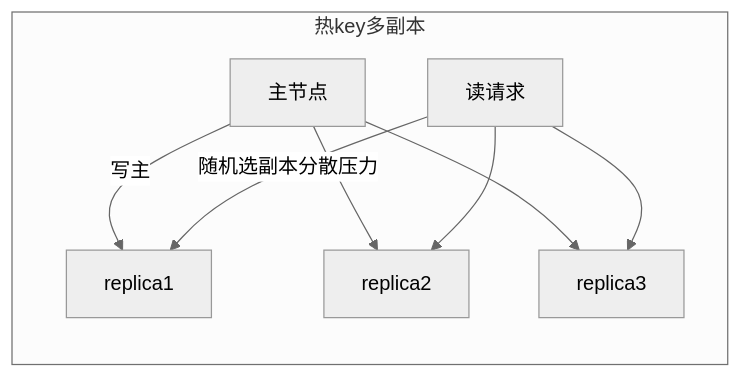
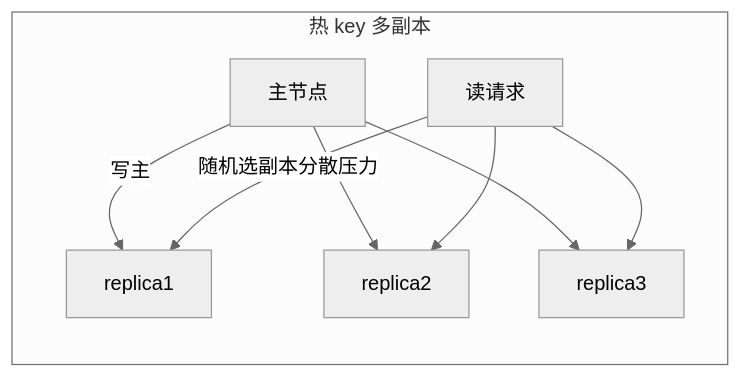
The eighth of 18 diagrams in 17-场景题/02-缓存与消息队列场景.md (raoooooooo/java_knowledge), drawn with Mermaid (neutral theme) before and after one commit. The commit also changed other lines of this file and 3 other files, not shown here.

First line of the commit message:
docs(architecture): ASCII图表转mermaid——场景题四章

````diff
--- a/17-场景题/02-缓存与消息队列场景.md
+++ b/17-场景题/02-缓存与消息队列场景.md
@@ -324,12 +324,12 @@
 ```mermaid
 graph TB
-    subgraph 热key多副本
+    subgraph hotkey_replica["热 key 多副本"]
         direction TB
         Master[主节点] -->|写主| R1[replica1]
         Master --> R2[replica2]
         Master --> R3[replica3]
         Reader[读请求] -->|随机选副本分散压力| R1
         Reader --> R2
         Reader --> R3
     end
 ```
````
